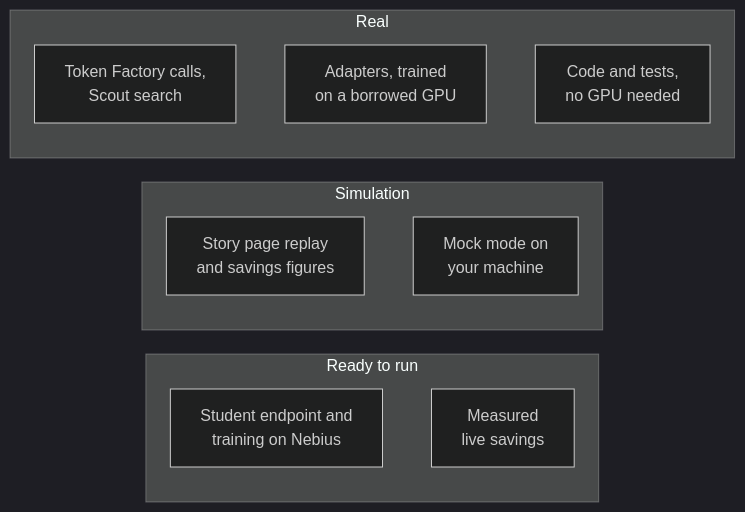
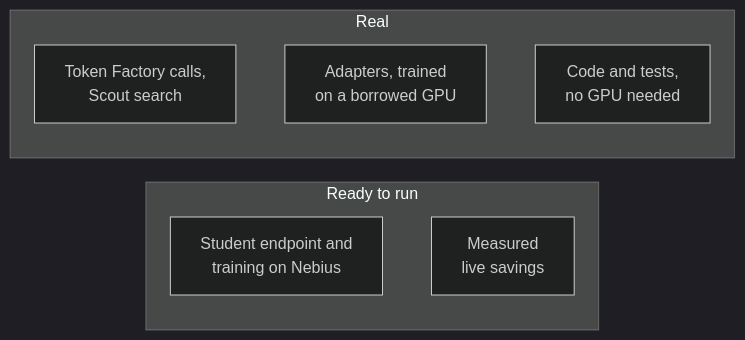
The second of 2 diagrams in docs-site/src/content/docs/guides/for-judges.mdx (harshbhx/ratchet), drawn with Mermaid (dark theme) before and after one commit. The commit also changed other lines of this file and 76 other files, not shown here.

````diff
--- a/docs-site/src/content/docs/guides/for-judges.mdx
+++ b/docs-site/src/content/docs/guides/for-judges.mdx
@@ -64,23 +63,17 @@
 ```mermaid
 %%{init: {"flowchart": {"rankSpacing": 24}}}%%
 flowchart TB
   subgraph Real["Real"]
     direction LR
     R1["Token Factory calls,<br/>Scout search"] ~~~ R3["Adapters, trained<br/>on a borrowed GPU"] ~~~ R4["Code and tests,<br/>no GPU needed"]
   end
-  subgraph Sim["Simulation"]
-    direction LR
-    S1["Story page replay<br/>and savings figures"] ~~~ S2["Mock mode on<br/>your machine"]
-  end
   subgraph Not["Ready to run"]
     direction LR
     N1["Student endpoint and<br/>training on Nebius"] ~~~ N2["Measured<br/>live savings"]
   end
-  Real ~~~ Sim ~~~ Not
+  Real ~~~ Not
   class R1,R3,R4 ok
-  class S1,S2 outline
   class N1,N2 pending
   class Real okZone
-  class Sim outlineZone
   class Not pendingZone
 ```
````
